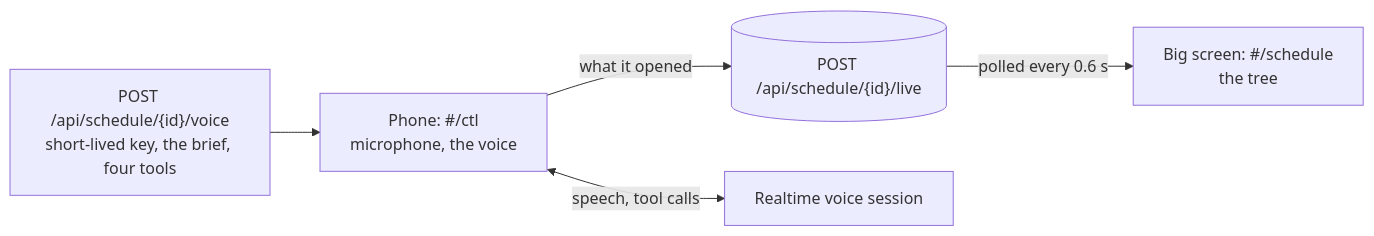
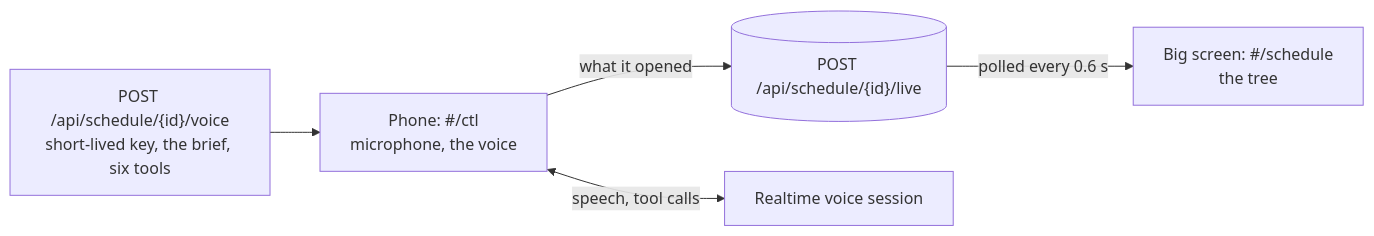
Before and after one commit to Taz33m/brace: the third of 3 diagrams in ARCHITECTURE.md, drawn with Mermaid. The commit also changed other lines of this file and 6 other files, not shown here.

````diff
--- a/ARCHITECTURE.md
+++ b/ARCHITECTURE.md
@@ -156,7 +181,7 @@
 ```mermaid
 flowchart LR
   PHONE["Phone: #/ctl<br/>microphone, the voice"] -- "what it opened" --> LIVE[("POST /api/schedule/{id}/live")]
   LIVE -- "polled every 0.6 s" --> SCREEN["Big screen: #/schedule<br/>the tree"]
   PHONE <-- "speech, tool calls" --> RT[Realtime voice session]
-  SERVER["POST /api/schedule/{id}/voice<br/>short-lived key, the brief, four tools"] --> PHONE
+  SERVER["POST /api/schedule/{id}/voice<br/>short-lived key, the brief, six tools"] --> PHONE
 ```
````
